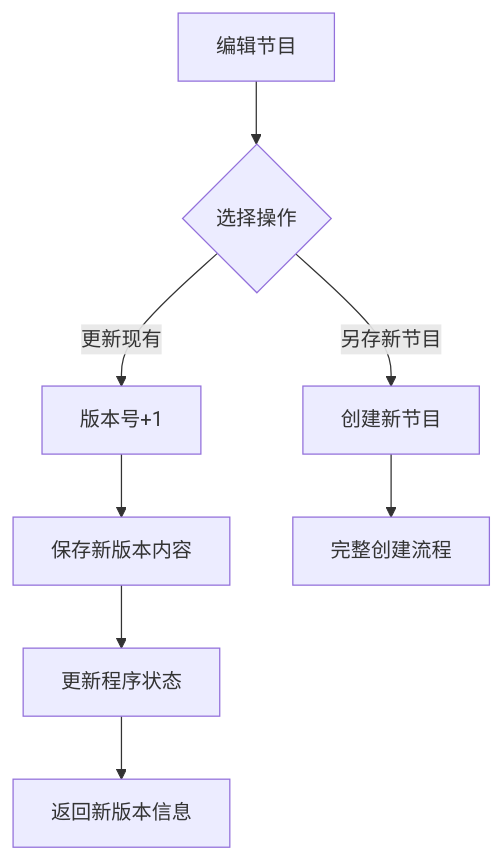
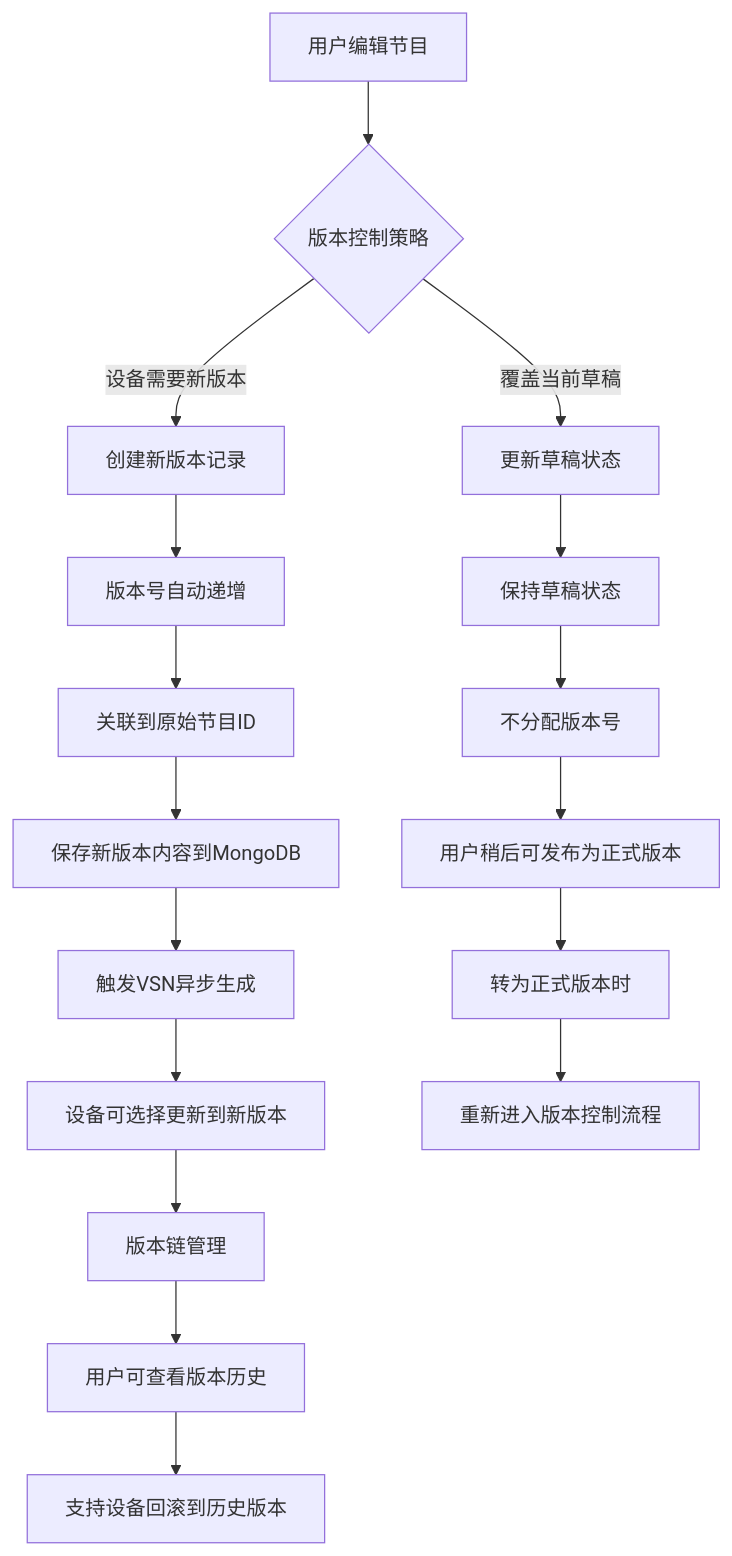
Before and after one commit to NanProduced/LedDeviceCloudPlatform: the third of 3 diagrams in program-domain/doc/程序模块设计文档.md, drawn with Mermaid. The commit also changed other lines of this file and 46 other files, not shown here.

````diff
--- a/program-domain/doc/程序模块设计文档.md
+++ b/program-domain/doc/程序模块设计文档.md
@@ -392,10 +499,23 @@
 ```mermaid
 graph TD
-    A[编辑节目] --> B{选择操作}
-    B -->|更新现有| C[版本号+1]
-    B -->|另存新节目| D[创建新节目]
-    C --> E[保存新版本内容]
-    E --> F[更新程序状态]
-    F --> G[返回新版本信息]
-    D --> H[完整创建流程]
+    A[用户编辑节目] --> B{版本控制策略}
+    B -->|设备需要新版本| C[创建新版本记录]
+    B -->|覆盖当前草稿| D[更新草稿状态]
+    
+    C --> E[版本号自动递增]
+    E --> F[关联到原始节目ID]
+    F --> G[保存新版本内容到MongoDB]
+    G --> H[触发VSN异步生成]
+    H --> I[设备可选择更新到新版本]
+    
+    D --> J[保持草稿状态]
+    J --> K[不分配版本号]
+    K --> L[用户稍后可发布为正式版本]
+    
+    I --> M[版本链管理]
+    M --> N[用户可查看版本历史]
+    N --> O[支持设备回滚到历史版本]
+    
+    L --> P[转为正式版本时]
+    P --> Q[重新进入版本控制流程]
 ```
````
